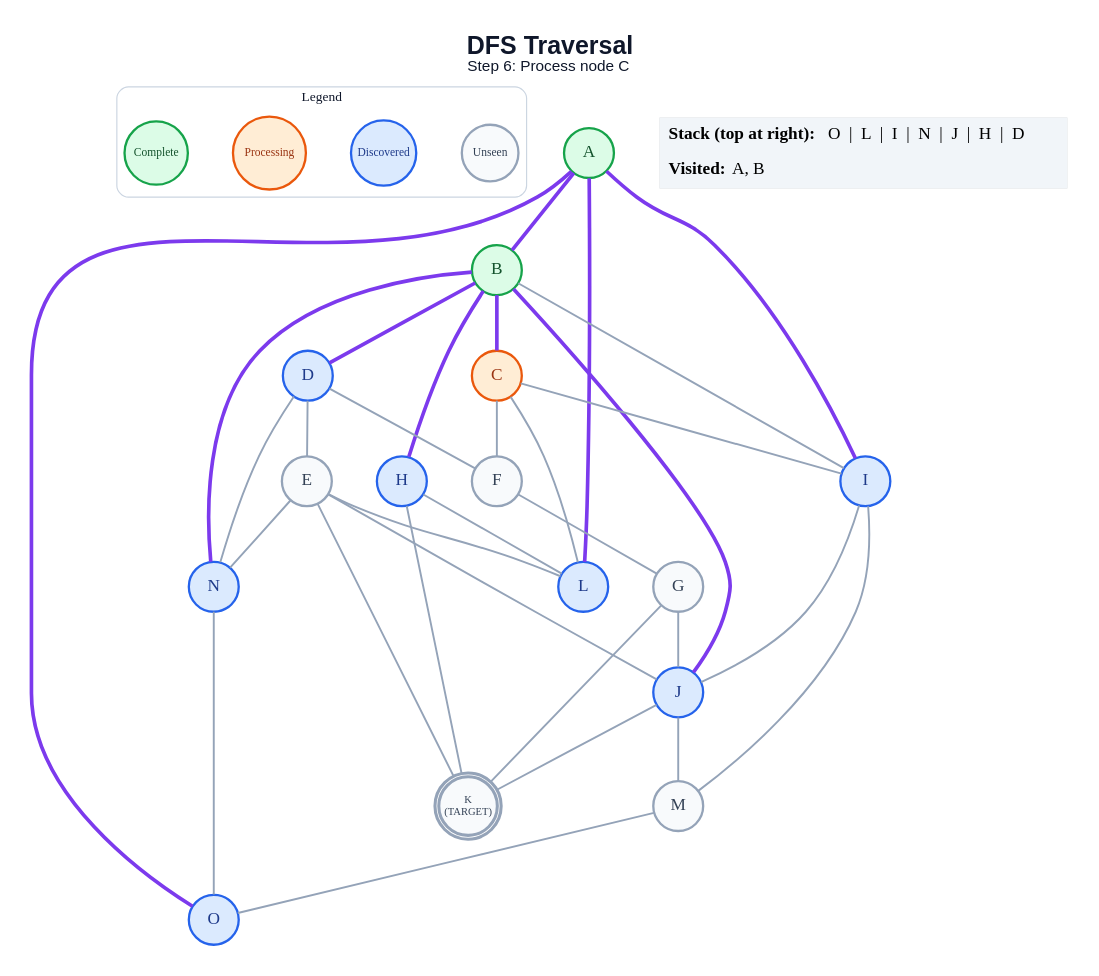
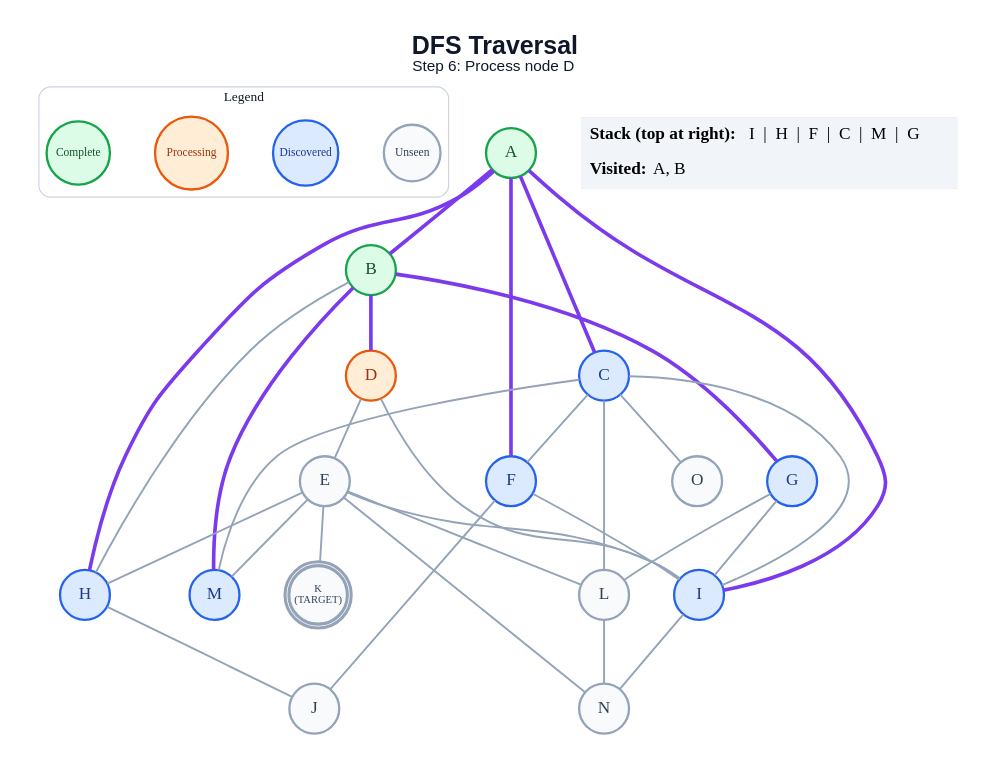
One commit to anon7238593-create/ai-slop changed the diagram in generated/short-circuit/dfs/step_06.dot. Above: the diagram before and after it, drawn with Graphviz. The commit also changed 270 other files, not shown here.

```diff
--- a/generated/short-circuit/dfs/step_06.dot
+++ b/generated/short-circuit/dfs/step_06.dot
@@ -1,65 +1,63 @@
 graph traversal {
   graph [layout=dot, rankdir=TB, bgcolor="#FFFFFF", pad="0.35", nodesep="0.65", ranksep="0.8", fontname="Arial"];
   node [shape=circle, style="filled", fontname="Arial Bold", fontsize=18, width=0.72, fixedsize=true, penwidth=2.4];
   edge [color="#94A3B8", penwidth=2.0];
-  label=<<B>DFS Traversal</B><BR/><FONT POINT-SIZE="16">Step 6: Process node C</FONT>>; labelloc="t"; fontsize=26; fontname="Arial"; fontcolor="#0F172A";
+  label=<<B>DFS Traversal</B><BR/><FONT POINT-SIZE="16">Step 6: Process node D</FONT>>; labelloc="t"; fontsize=26; fontname="Arial"; fontcolor="#0F172A";
   subgraph cluster_legend { label="Legend"; color="#CBD5E1"; penwidth=1.2; style="rounded"; fontsize=14; fontname="Arial Bold";
     key_unseen [label="Unseen", fillcolor="#F8FAFC", color="#94A3B8", fontcolor="#334155", fontsize=12, width=0.82];
     key_frontier [label="Discovered", fillcolor="#DBEAFE", color="#2563EB", fontcolor="#1E3A8A", fontsize=12, width=0.95];
     key_current [label="Processing", fillcolor="#FFEDD5", color="#EA580C", fontcolor="#9A3412", fontsize=12, width=1.05];
     key_done [label="Complete", fillcolor="#DCFCE7", color="#16A34A", fontcolor="#14532D", fontsize=12, width=0.92];
     { rank=same; key_unseen; key_frontier; key_current; key_done; }
   }
   A [label="A", fillcolor="#DCFCE7", color="#16A34A", fontcolor="#14532D", peripheries=1, penwidth=2.4];
   B [label="B", fillcolor="#DCFCE7", color="#16A34A", fontcolor="#14532D", peripheries=1, penwidth=2.4];
-  C [label="C", fillcolor="#FFEDD5", color="#EA580C", fontcolor="#9A3412", peripheries=1, penwidth=2.4];
-  D [label="D", fillcolor="#DBEAFE", color="#2563EB", fontcolor="#1E3A8A", peripheries=1, penwidth=2.4];
+  C [label="C", fillcolor="#DBEAFE", color="#2563EB", fontcolor="#1E3A8A", peripheries=1, penwidth=2.4];
+  D [label="D", fillcolor="#FFEDD5", color="#EA580C", fontcolor="#9A3412", peripheries=1, penwidth=2.4];
   E [label="E", fillcolor="#F8FAFC", color="#94A3B8", fontcolor="#334155", peripheries=1, penwidth=2.4];
-  F [label="F", fillcolor="#F8FAFC", color="#94A3B8", fontcolor="#334155", peripheries=1, penwidth=2.4];
-  G [label="G", fillcolor="#F8FAFC", color="#94A3B8", fontcolor="#334155", peripheries=1, penwidth=2.4];
+  F [label="F", fillcolor="#DBEAFE", color="#2563EB", fontcolor="#1E3A8A", peripheries=1, penwidth=2.4];
+  G [label="G", fillcolor="#DBEAFE", color="#2563EB", fontcolor="#1E3A8A", peripheries=1, penwidth=2.4];
   H [label="H", fillcolor="#DBEAFE", color="#2563EB", fontcolor="#1E3A8A", peripheries=1, penwidth=2.4];
   I [label="I", fillcolor="#DBEAFE", color="#2563EB", fontcolor="#1E3A8A", peripheries=1, penwidth=2.4];
-  J [label="J", fillcolor="#DBEAFE", color="#2563EB", fontcolor="#1E3A8A", peripheries=1, penwidth=2.4];
+  J [label="J", fillcolor="#F8FAFC", color="#94A3B8", fontcolor="#334155", peripheries=1, penwidth=2.4];
   K [label="K\n(TARGET)", fillcolor="#F8FAFC", color="#94A3B8", fontcolor="#334155", peripheries=2, penwidth=3.2, fontsize=11, width=0.85, height=0.85];
-  L [label="L", fillcolor="#DBEAFE", color="#2563EB", fontcolor="#1E3A8A", peripheries=1, penwidth=2.4];
-  M [label="M", fillcolor="#F8FAFC", color="#94A3B8", fontcolor="#334155", peripheries=1, penwidth=2.4];
-  N [label="N", fillcolor="#DBEAFE", color="#2563EB", fontcolor="#1E3A8A", peripheries=1, penwidth=2.4];
-  O [label="O", fillcolor="#DBEAFE", color="#2563EB", fontcolor="#1E3A8A", peripheries=1, penwidth=2.4];
+  L [label="L", fillcolor="#F8FAFC", color="#94A3B8", fontcolor="#334155", peripheries=1, penwidth=2.4];
+  M [label="M", fillcolor="#DBEAFE", color="#2563EB", fontcolor="#1E3A8A", peripheries=1, penwidth=2.4];
+  N [label="N", fillcolor="#F8FAFC", color="#94A3B8", fontcolor="#334155", peripheries=1, penwidth=2.4];
+  O [label="O", fillcolor="#F8FAFC", color="#94A3B8", fontcolor="#334155", peripheries=1, penwidth=2.4];
   A -- B [color="#7C3AED", penwidth=3.8];
+  A -- C [color="#7C3AED", penwidth=3.8];
+  A -- F [color="#7C3AED", penwidth=3.8];
+  A -- H [color="#7C3AED", penwidth=3.8];
   A -- I [color="#7C3AED", penwidth=3.8];
-  A -- L [color="#7C3AED", penwidth=3.8];
-  A -- O [color="#7C3AED", penwidth=3.8];
-  B -- C [color="#7C3AED", penwidth=3.8];
   B -- D [color="#7C3AED", penwidth=3.8];
-  B -- H [color="#7C3AED", penwidth=3.8];
-  B -- I;
-  B -- J [color="#7C3AED", penwidth=3.8];
-  B -- N [color="#7C3AED", penwidth=3.8];
+  B -- G [color="#7C3AED", penwidth=3.8];
+  B -- H;
+  B -- M [color="#7C3AED", penwidth=3.8];
   C -- F;
   C -- I;
   C -- L;
+  C -- M;
+  C -- O;
   D -- E;
-  D -- F;
-  D -- N;
-  E -- J;
+  D -- I;
+  E -- H;
+  E -- I;
   E -- K;
   E -- L;
+  E -- M;
   E -- N;
-  F -- G;
-  G -- J;
-  G -- K;
-  H -- K;
-  H -- L;
-  I -- J;
-  I -- M;
-  J -- K;
-  J -- M;
-  M -- O;
-  N -- O;
+  F -- I;
+  F -- J;
+  G -- I;
+  G -- L;
+  H -- J;
+  I -- N;
+  L -- N;
   status [shape=plain, fixedsize=false, width=0, height=0, margin=0, label=<
     <TABLE BORDER="0" CELLBORDER="0" CELLPADDING="7" BGCOLOR="#F1F5F9">
-      <TR><TD ALIGN="LEFT"><B>Stack (top at right):</B> O  |  L  |  I  |  N  |  J  |  H  |  D</TD></TR>
+      <TR><TD ALIGN="LEFT"><B>Stack (top at right):</B> I  |  H  |  F  |  C  |  M  |  G</TD></TR>
       <TR><TD ALIGN="LEFT"><B>Visited:</B> A, B</TD></TR>
     </TABLE>
   >];
 }
```
